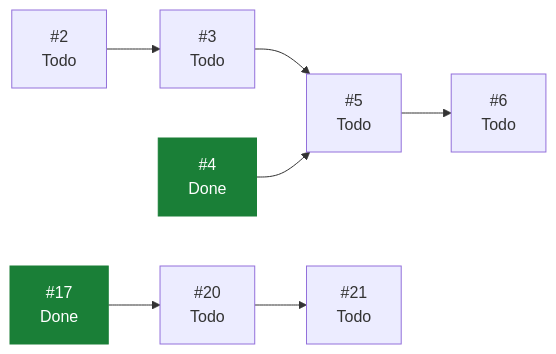
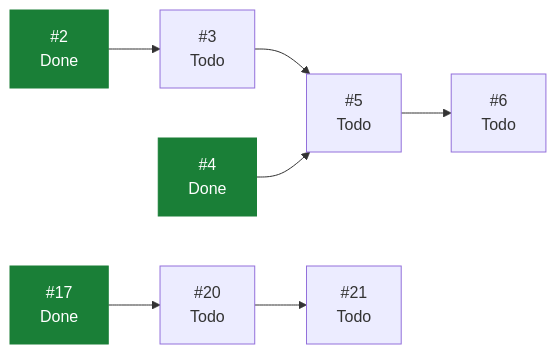
One commit to ecamp0s/evault changed the diagram in docs/planning/STATUS.md. Above: the diagram before and after it, drawn with Mermaid. The commit also changed other lines of this file, not shown here.

````diff
--- a/docs/planning/STATUS.md
+++ b/docs/planning/STATUS.md
@@ -53,19 +53,19 @@
 ```mermaid
 graph LR
-  I2["#2<br/>Todo"]
+  I2["#2<br/>Done"]
   I3["#3<br/>Todo"]
   I4["#4<br/>Done"]
   I5["#5<br/>Todo"]
   I6["#6<br/>Todo"]
   I17["#17<br/>Done"]
   I20["#20<br/>Todo"]
   I21["#21<br/>Todo"]
   I2 --> I3
   I3 --> I5
   I4 --> I5
   I5 --> I6
   I17 --> I20
   I20 --> I21
   classDef hecho fill:#1a7f37,stroke:#1a7f37,color:#fff;
-  class I4,I17 hecho;
+  class I2,I4,I17 hecho;
 ```
````
